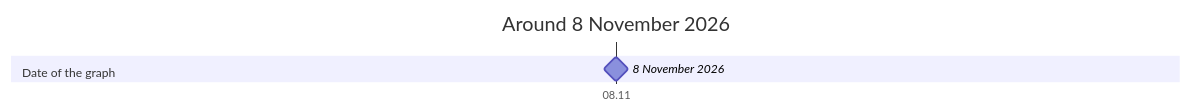
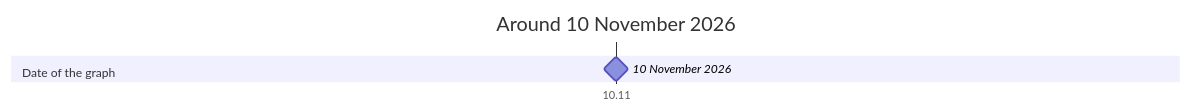
Before and after one commit to advancedcognitivesystems-ai/trame: the diagram in ci/docs/timeline.md, drawn with Mermaid. The commit also changed other lines of this file and 263 other files, not shown here.

````diff
--- a/ci/docs/timeline.md
+++ b/ci/docs/timeline.md
@@ -5,8 +5,8 @@
 ```mermaid
 gantt
   dateFormat YYYY-MM-DD
   axisFormat %d.%m
-  title Around 8 November 2026
+  title Around 10 November 2026
   section Date of the graph
-    8 November 2026 : milestone, 2026-11-08, 0d
+    10 November 2026 : milestone, 2026-11-10, 0d
 ```
````
